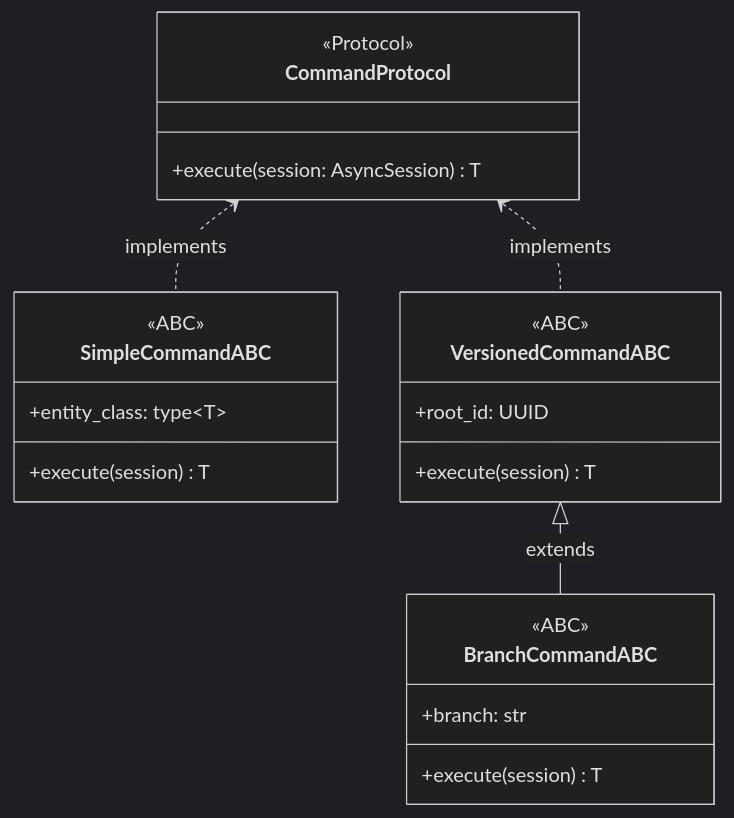
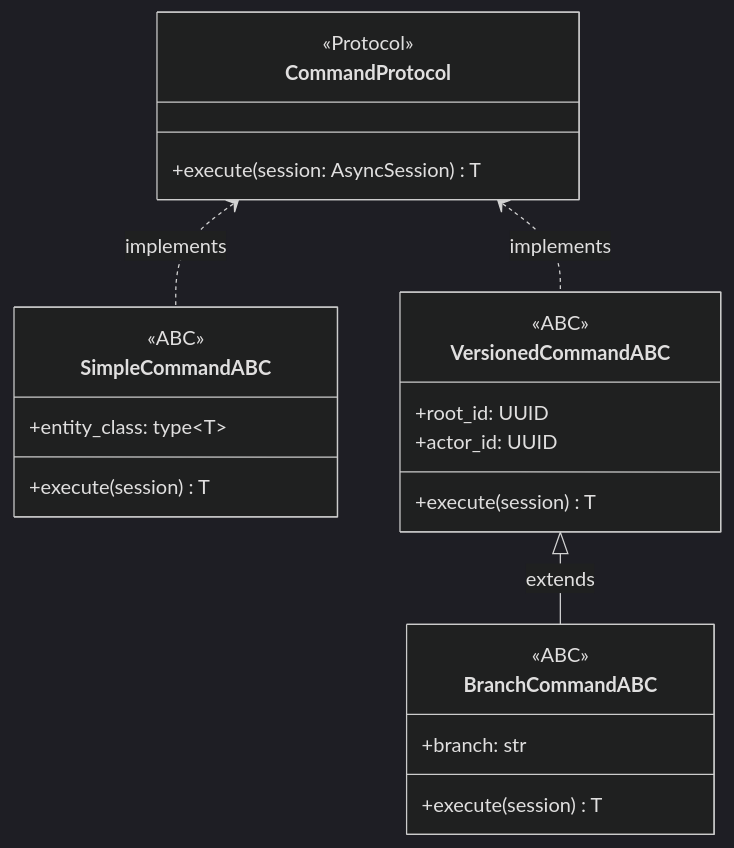
One commit to ogghst/backcast changed the third of 3 diagrams in docs/02-architecture/backend/contexts/evcs-core/architecture.md. Above: the diagram before and after it, drawn with Mermaid (dark theme). The commit also changed other lines of this file and 1 other file, not shown here.

First line of the commit message:
docs: split EVCS conceptual architecture from implementation

````diff
--- a/docs/02-architecture/backend/contexts/evcs-core/architecture.md
+++ b/docs/02-architecture/backend/contexts/evcs-core/architecture.md
@@ -396,29 +183,30 @@
 ```mermaid
 classDiagram
     class CommandProtocol {
         <<Protocol>>
         +execute(session: AsyncSession) T
     }
 
     class SimpleCommandABC {
         <<ABC>>
         +entity_class: type~T~
         +execute(session) T
     }
 
     class VersionedCommandABC {
         <<ABC>>
         +root_id: UUID
+        +actor_id: UUID
         +execute(session) T
     }
 
     class BranchCommandABC {
         <<ABC>>
         +branch: str
         +execute(session) T
     }
 
     CommandProtocol <.. SimpleCommandABC : implements
     CommandProtocol <.. VersionedCommandABC : implements
     VersionedCommandABC <|-- BranchCommandABC : extends
 ```
````
